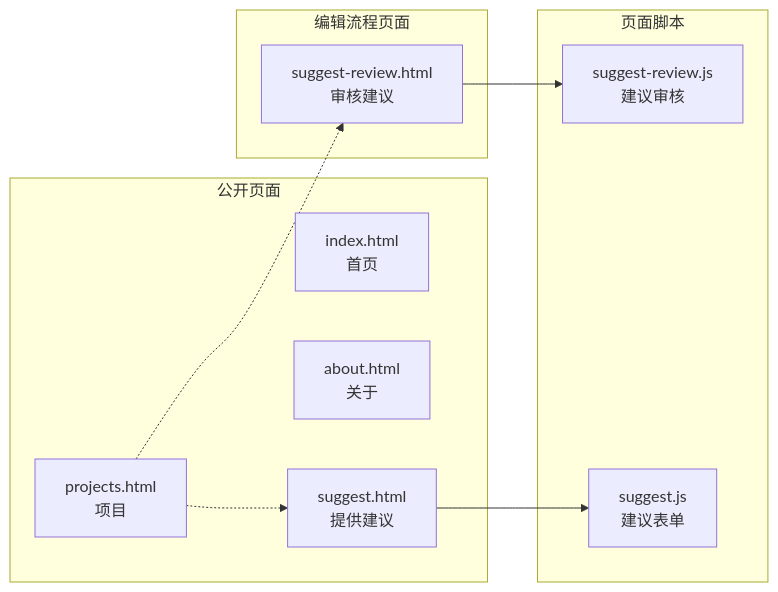
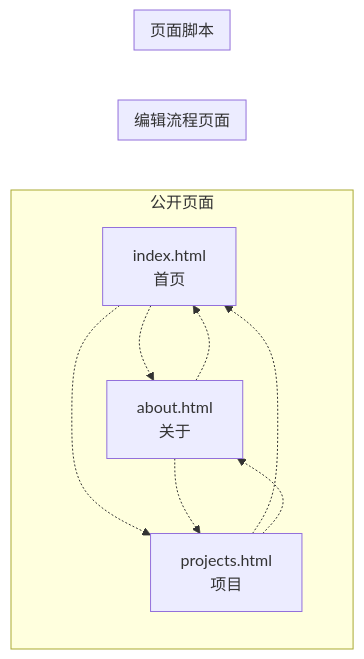
Before and after one commit to cangwu-protect-union/cangwu-protect-union.github.io: the first of 2 diagrams in 架构.md, drawn with Mermaid. The commit also changed other lines of this file and 16 other files, not shown here.

````diff
--- a/架构.md
+++ b/架构.md
@@ -15,27 +15,25 @@
 ```mermaid
 flowchart LR
 
   subgraph pubLayer["公开页面"]
     P_index["index.html<br/>首页"]
     P_about["about.html<br/>关于"]
     P_projects["projects.html<br/>项目"]
-    P_suggest["suggest.html<br/>提供建议"]
   end
 
   subgraph editLayer["编辑流程页面"]
-    P_suggest_review["suggest-review.html<br/>审核建议"]
   end
 
   subgraph scriptLayer["页面脚本"]
-    S_suggest_review["suggest-review.js<br/>建议审核"]
-    S_suggest["suggest.js<br/>建议表单"]
   end
 
   %% 页面加载自己的脚本
-  P_suggest --> S_suggest
-  P_suggest_review --> S_suggest_review
 
   %% 页面之间的跳转
-  P_projects -.-> P_suggest
-  P_projects -.-> P_suggest_review
+  P_index -.-> P_about
+  P_index -.-> P_projects
+  P_about -.-> P_index
+  P_about -.-> P_projects
+  P_projects -.-> P_index
+  P_projects -.-> P_about
 ```
````
